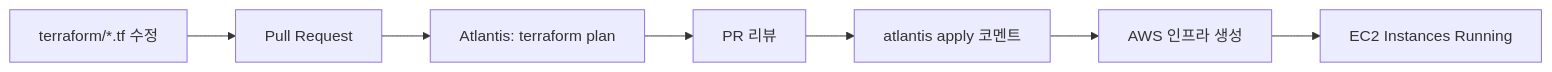
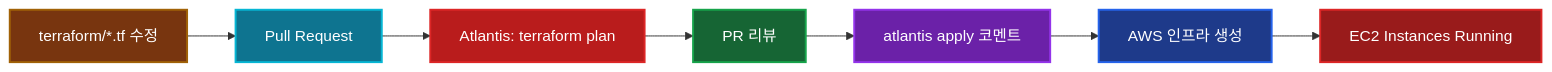
The second of 4 diagrams in docs/deployment/GITOPS_ARCHITECTURE.md (SeSACTHON/backend), drawn with Mermaid before and after one commit. The commit also changed other lines of this file and 24 other files, not shown here.

````diff
--- a/docs/deployment/GITOPS_ARCHITECTURE.md
+++ b/docs/deployment/GITOPS_ARCHITECTURE.md
@@ -177,9 +377,17 @@
 ```mermaid
 graph LR
     A[terraform/*.tf 수정] --> B[Pull Request]
     B --> C[Atlantis: terraform plan]
     C --> D[PR 리뷰]
     D --> E[atlantis apply 코멘트]
     E --> F[AWS 인프라 생성]
     F --> G[EC2 Instances Running]
+    
+    style A fill:#78350f,stroke:#a16207,stroke-width:2px,color:#fff
+    style B fill:#0e7490,stroke:#06b6d4,stroke-width:2px,color:#fff
+    style C fill:#b91c1c,stroke:#dc2626,stroke-width:2px,color:#fff
+    style D fill:#166534,stroke:#16a34a,stroke-width:2px,color:#fff
+    style E fill:#6b21a8,stroke:#9333ea,stroke-width:2px,color:#fff
+    style F fill:#1e3a8a,stroke:#2563eb,stroke-width:2px,color:#fff
+    style G fill:#991b1b,stroke:#dc2626,stroke-width:2px,color:#fff
 ```
````
